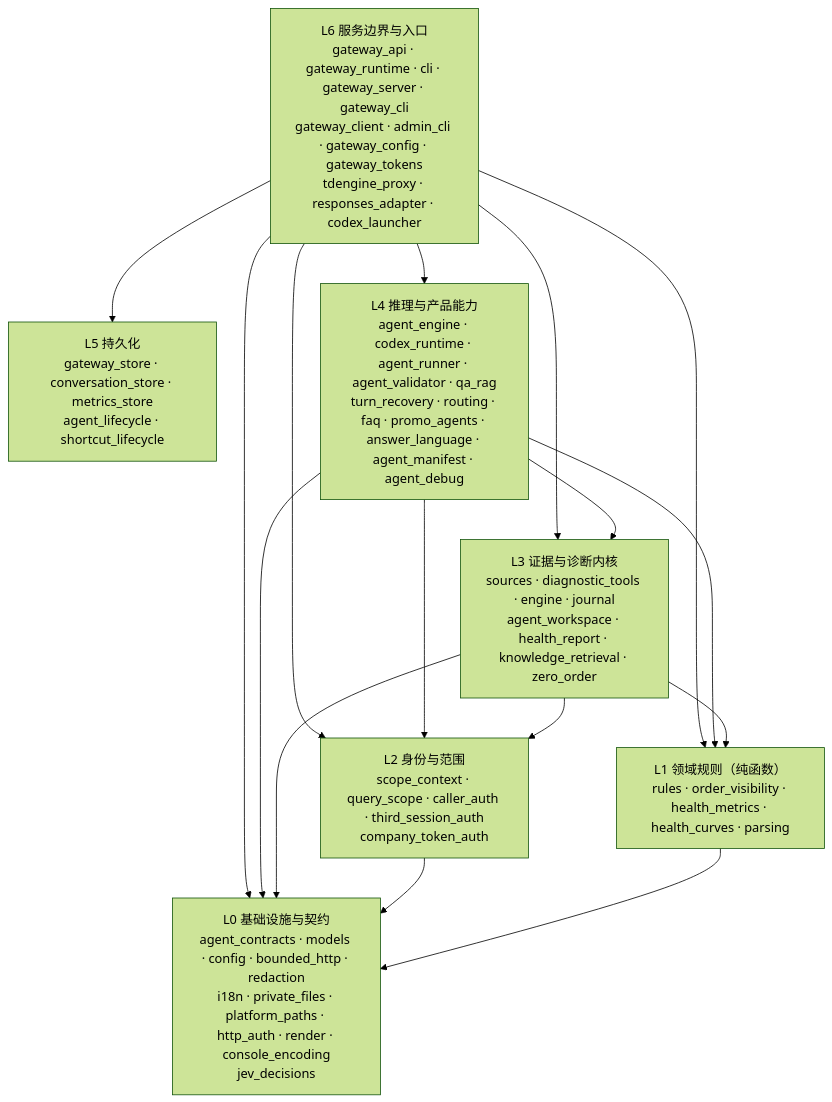
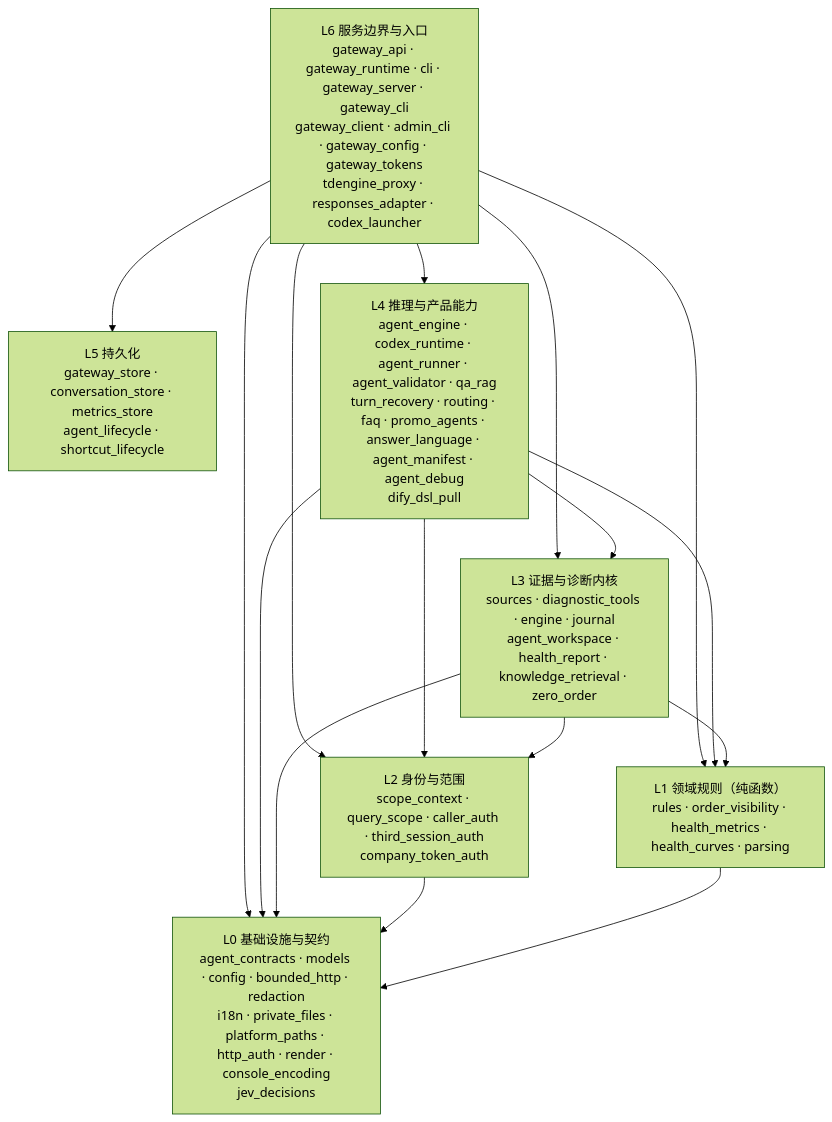
The diagram in README.md (kilbertert/AI-Ops), drawn with Mermaid (forest theme) before and after one commit. The commit also changed other lines of this file and 12 other files, not shown here.

First line of the commit message:
feat(dify): DSL 拉取客户端 + DSL→草稿映射（#580）

````diff
--- a/README.md
+++ b/README.md
@@ -183,26 +183,26 @@
 ```mermaid
 flowchart TB
     L6["L6 服务边界与入口<br/>gateway_api · gateway_runtime · cli · gateway_server · gateway_cli<br/>gateway_client · admin_cli · gateway_config · gateway_tokens<br/>tdengine_proxy · responses_adapter · codex_launcher"]
     L5["L5 持久化<br/>gateway_store · conversation_store · metrics_store<br/>agent_lifecycle · shortcut_lifecycle"]
-    L4["L4 推理与产品能力<br/>agent_engine · codex_runtime · agent_runner · agent_validator · qa_rag<br/>turn_recovery · routing · faq · promo_agents · answer_language · agent_manifest · agent_debug"]
+    L4["L4 推理与产品能力<br/>agent_engine · codex_runtime · agent_runner · agent_validator · qa_rag<br/>turn_recovery · routing · faq · promo_agents · answer_language · agent_manifest · agent_debug<br/>dify_dsl_pull"]
     L3["L3 证据与诊断内核<br/>sources · diagnostic_tools · engine · journal<br/>agent_workspace · health_report · knowledge_retrieval · zero_order"]
     L2["L2 身份与范围<br/>scope_context · query_scope · caller_auth · third_session_auth<br/>company_token_auth"]
     L1["L1 领域规则（纯函数）<br/>rules · order_visibility · health_metrics · health_curves · parsing"]
     L0["L0 基础设施与契约<br/>agent_contracts · models · config · bounded_http · redaction<br/>i18n · private_files · platform_paths · http_auth · render · console_encoding<br/>jev_decisions"]
 
     L6 --> L5
     L6 --> L4
     L6 --> L3
     L6 --> L2
     L6 --> L1
     L6 --> L0
     L4 --> L3
     L4 --> L2
     L4 --> L1
     L4 --> L0
     L3 --> L2
     L3 --> L1
     L3 --> L0
     L2 --> L0
     L1 --> L0
 ```
````
